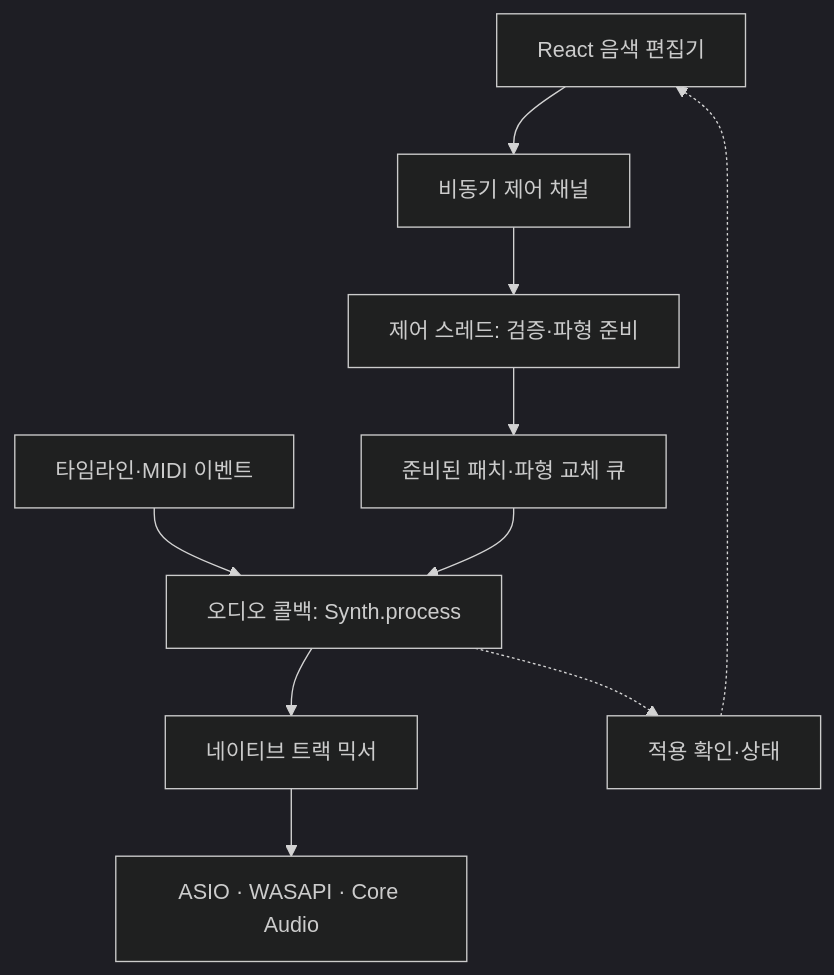
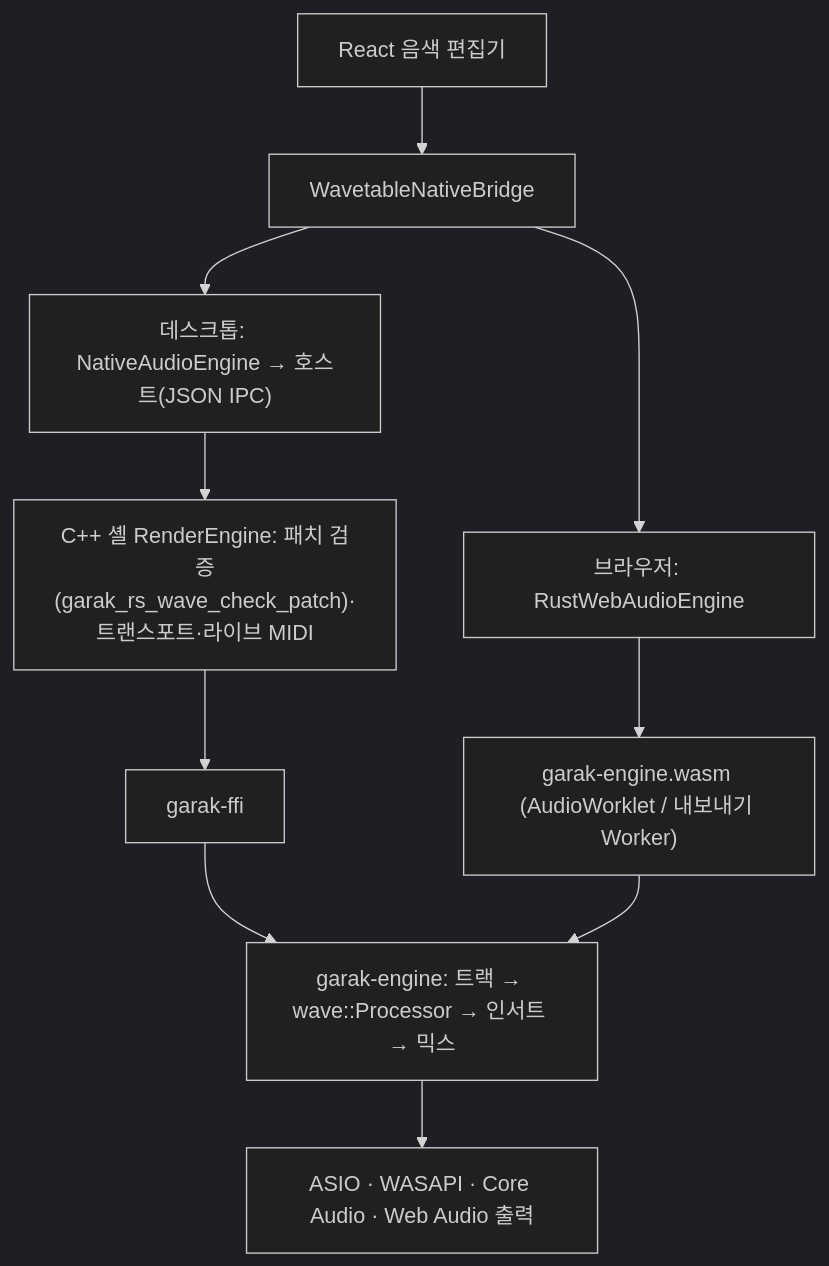
The diagram in docs/IEUM_WAVE.md (songchez/garak-ieum), drawn with Mermaid (dark theme) before and after one commit. The commit also changed other lines of this file and 12 other files, not shown here.

First line of the commit message:
docs: IEUM WAVE renders only in the Rust engine (0.3.3)

````diff
--- a/docs/IEUM_WAVE.md
+++ b/docs/IEUM_WAVE.md
@@ -62,12 +74,12 @@
 ```mermaid
 flowchart TD
-    UI["React 음색 편집기"] --> C["비동기 제어 채널"]
-    C --> P["제어 스레드: 검증·파형 준비"]
-    P --> Q["준비된 패치·파형 교체 큐"]
-    MIDI["타임라인·MIDI 이벤트"] --> S["오디오 콜백: Synth.process"]
-    Q --> S
-    S --> MIX["네이티브 트랙 믹서"]
-    MIX --> DEV["ASIO · WASAPI · Core Audio"]
-    S -.-> ACK["적용 확인·상태"]
-    ACK -.-> UI
+    UI["React 음색 편집기"] --> BR["WavetableNativeBridge"]
+    BR --> D["데스크톱: NativeAudioEngine → 호스트(JSON IPC)"]
+    BR --> W["브라우저: RustWebAudioEngine"]
+    D --> SH["C++ 셸 RenderEngine: 패치 검증(garak_rs_wave_check_patch)·트랜스포트·라이브 MIDI"]
+    SH --> FFI["garak-ffi"]
+    W --> WASM["garak-engine.wasm (AudioWorklet / 내보내기 Worker)"]
+    FFI --> ENG["garak-engine: 트랙 → wave::Processor → 인서트 → 믹스"]
+    WASM --> ENG
+    ENG --> DEV["ASIO · WASAPI · Core Audio · Web Audio 출력"]
 ```
````
